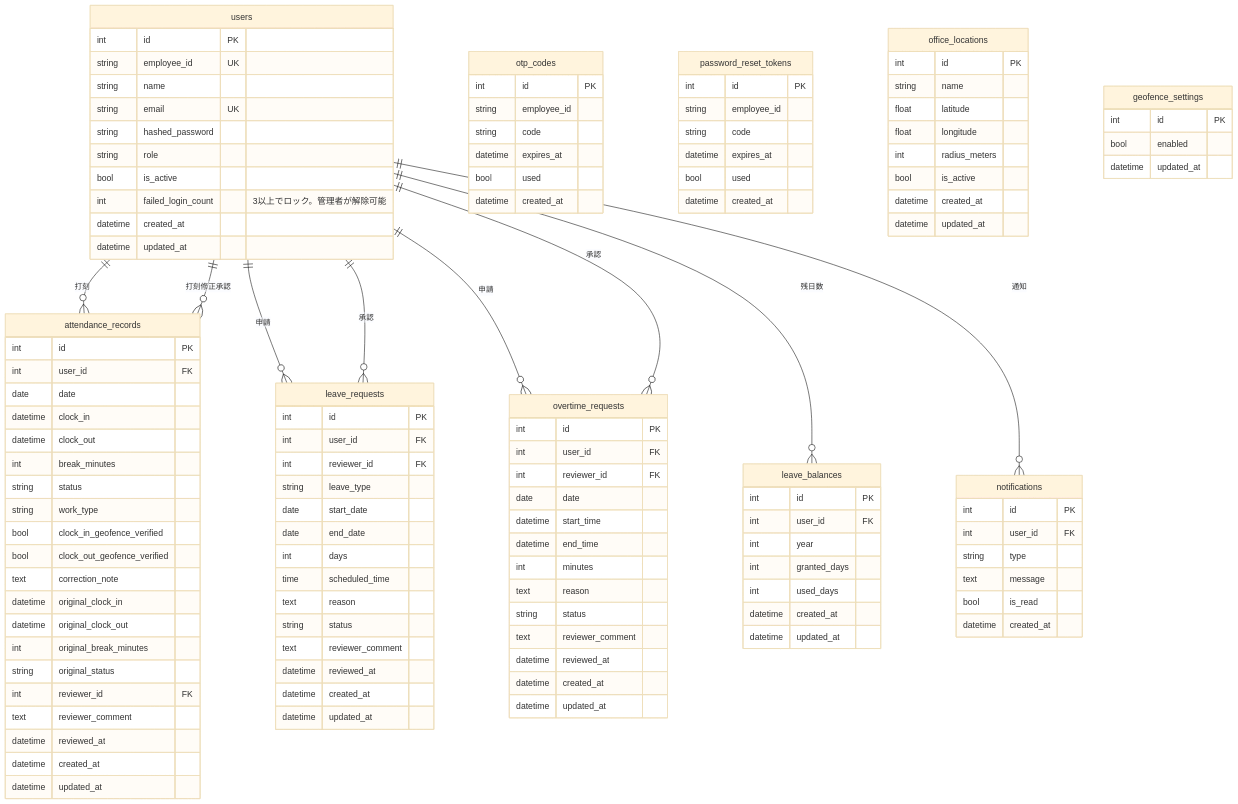
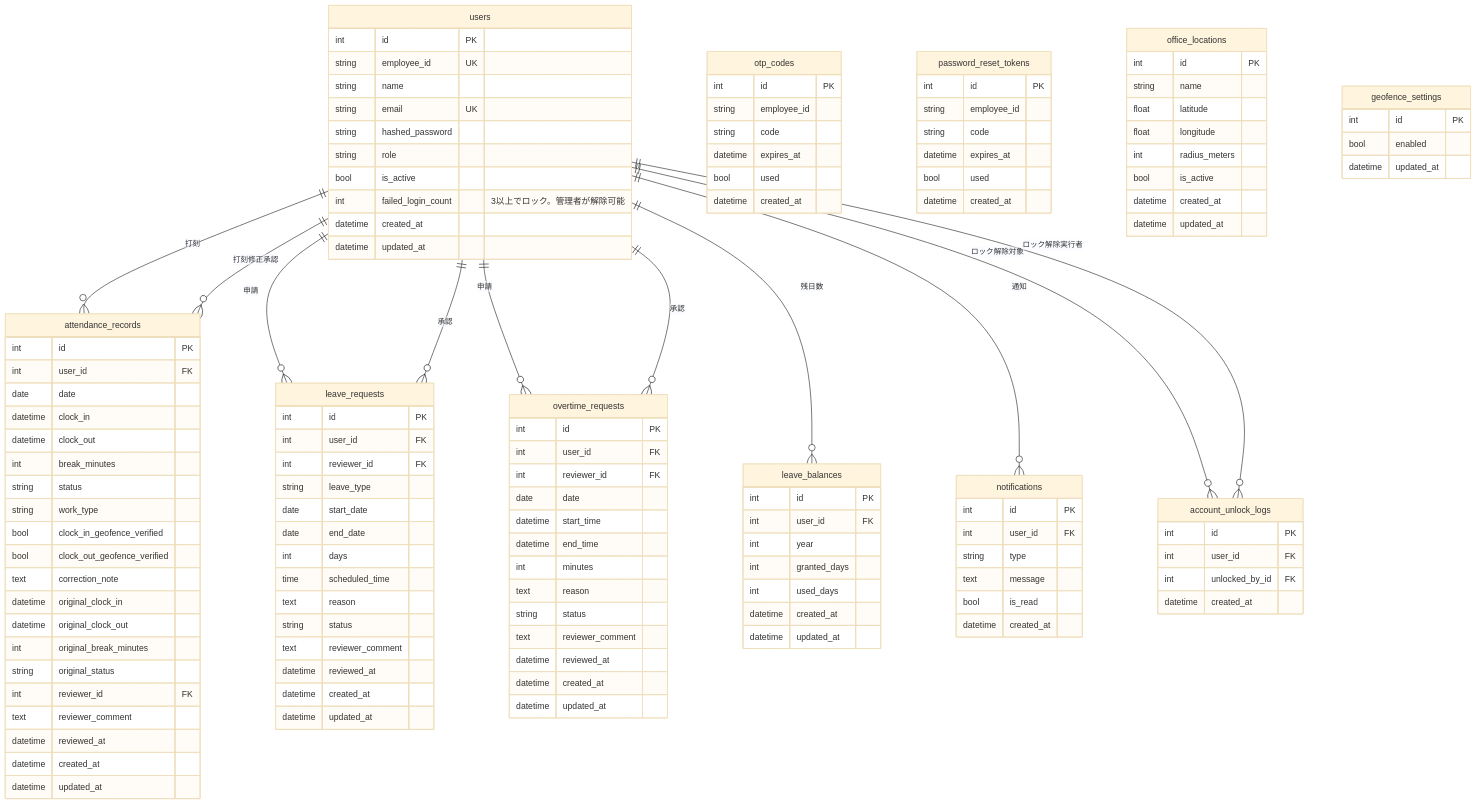
Before and after one commit to akki-secure/AttendEase: the second of 2 diagrams in README.md, drawn with Mermaid (base theme). The commit also changed other lines of this file, not shown here.

````diff
--- a/README.md
+++ b/README.md
@@ -718,6 +653,13 @@
     datetime updated_at
   }
 
+  account_unlock_logs {
+    int id PK
+    int user_id FK
+    int unlocked_by_id FK
+    datetime created_at
+  }
+
   users ||--o{ attendance_records : "打刻"
   users ||--o{ leave_requests : "申請"
   users ||--o{ overtime_requests : "申請"
@@ -726,4 +668,6 @@
   users ||--o{ leave_requests : "承認"
   users ||--o{ overtime_requests : "承認"
   users ||--o{ attendance_records : "打刻修正承認"
+  users ||--o{ account_unlock_logs : "ロック解除対象"
+  users ||--o{ account_unlock_logs : "ロック解除実行者"
 ```
````
